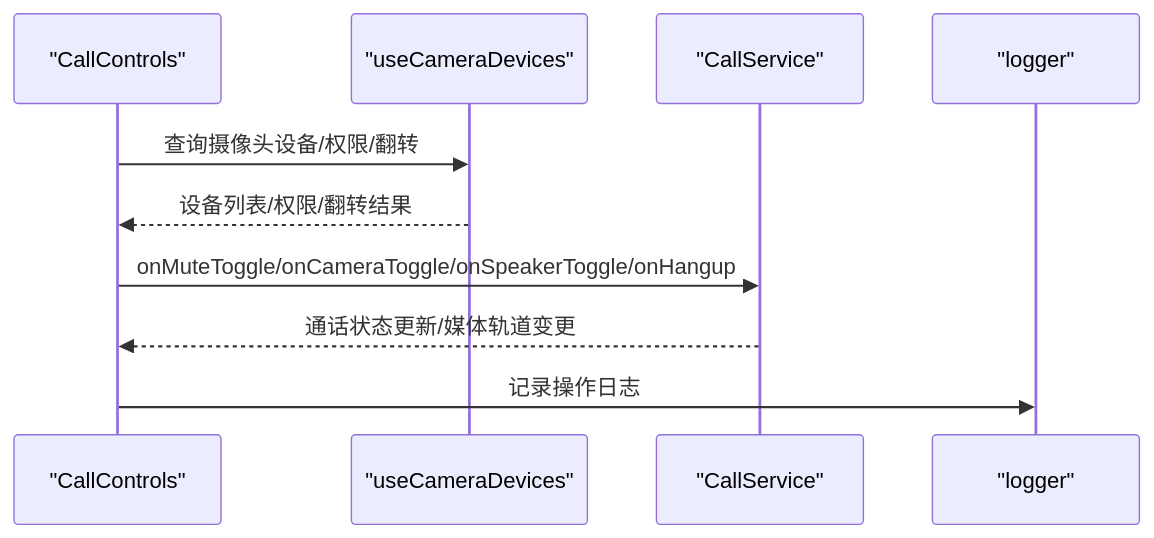
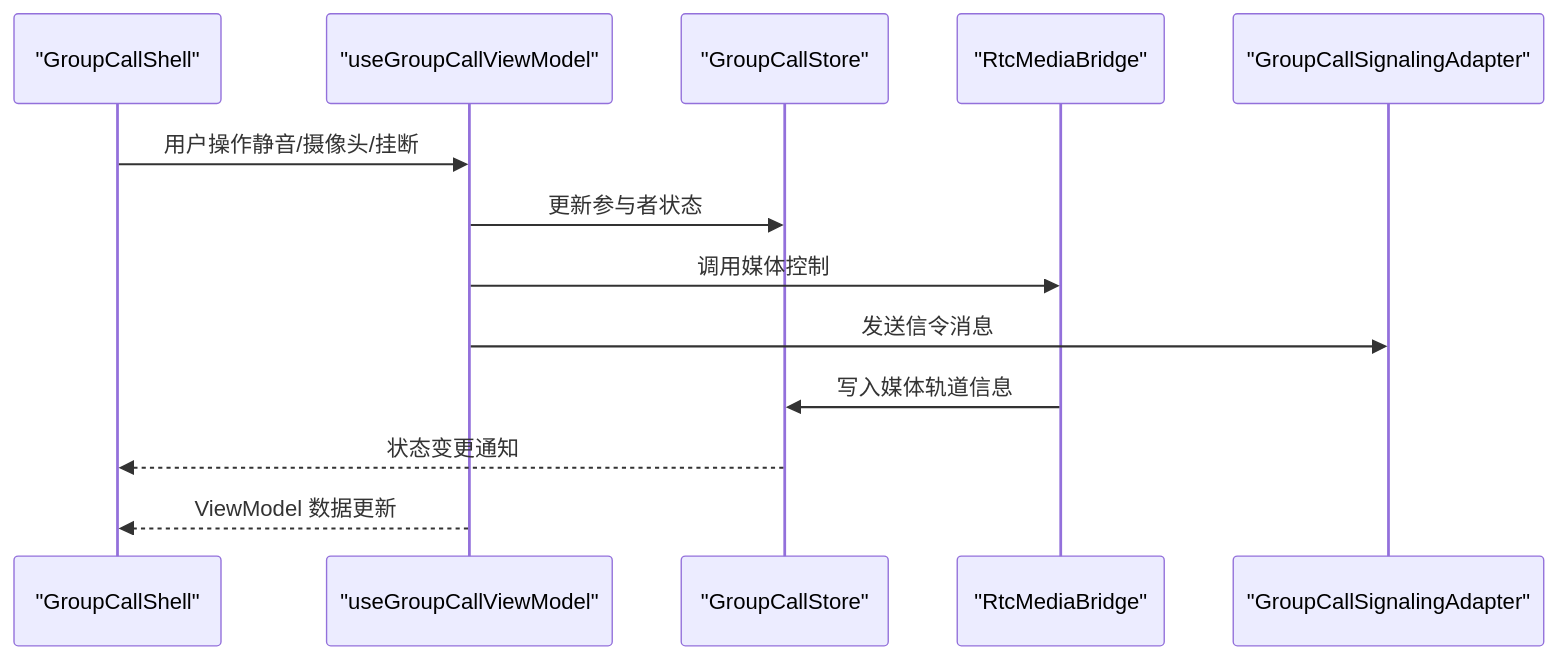
The second of 3 diagrams in .qoder/repowiki/zh/content/核心组件/群组通话组件/多人群组控件组.md (Easemob-Community/easemob-uikit-callkit-vue3), drawn with Mermaid before and after one commit. The commit also changed other lines of this file and 54 other files, not shown here.

First line of the commit message:
refactor: 清理废弃代码 + 移出 RtcService 实例 + API 便捷性优化

````diff
--- a/.qoder/repowiki/zh/content/核心组件/群组通话组件/多人群组控件组.md
+++ b/.qoder/repowiki/zh/content/核心组件/群组通话组件/多人群组控件组.md
@@ -89,12 +113,15 @@
 ```mermaid
 sequenceDiagram
-participant UI as "CallControls"
-participant Hook as "useCameraDevices"
-participant Service as "CallService"
-participant Logger as "logger"
-UI->>Hook : 查询摄像头设备/权限/翻转
-Hook-->>UI : 设备列表/权限/翻转结果
-UI->>Service : onMuteToggle/onCameraToggle/onSpeakerToggle/onHangup
-Service-->>UI : 通话状态更新/媒体轨道变更
-UI->>Logger : 记录操作日志
+participant UI as "GroupCallShell"
+participant VM as "useGroupCallViewModel"
+participant Store as "GroupCallStore"
+participant Bridge as "RtcMediaBridge"
+participant Signaling as "GroupCallSignalingAdapter"
+UI->>VM : 用户操作静音/摄像头/挂断
+VM->>Store : 更新参与者状态
+VM->>Bridge : 调用媒体控制
+VM->>Signaling : 发送信令消息
+Bridge->>Store : 写入媒体轨道信息
+Store-->>UI : 状态变更通知
+VM-->>UI : ViewModel 数据更新
 ```
````
